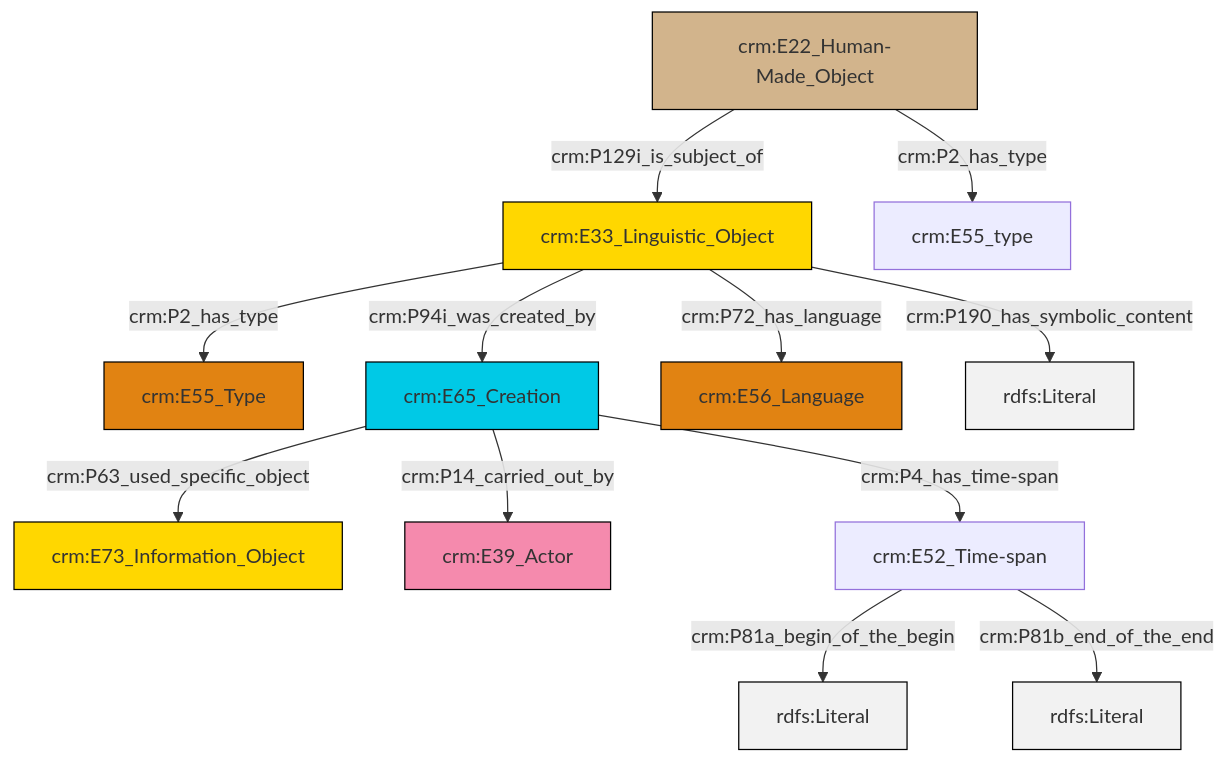
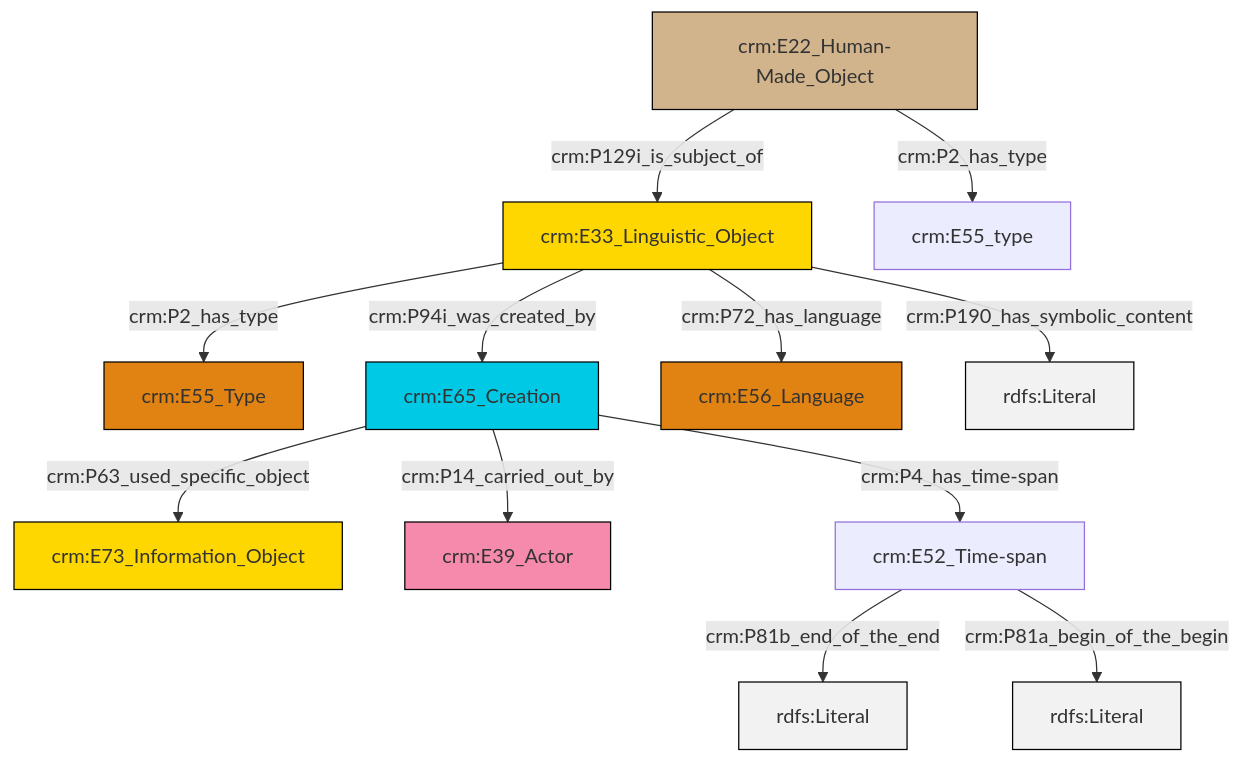
One commit to swiss-art-research-net/reference-data-models changed the diagram in et/builtWorkCSV/ttl/mmd/Built_Work_description.ttl.mmd. Above: the diagram before and after it, drawn with Mermaid. The commit also changed 126 other files, not shown here.

```diff
--- a/et/builtWorkCSV/ttl/mmd/Built_Work_description.ttl.mmd
+++ b/et/builtWorkCSV/ttl/mmd/Built_Work_description.ttl.mmd
@@ -1,26 +1,26 @@
 graph TD
 classDef Literal fill:#f2f2f2,stroke:#000000;
 classDef CRM_Entity fill:#FFFFFF,stroke:#000000;
 classDef Temporal_Entity fill:#00C9E6, stroke:#000000;
 classDef Type fill:#E18312, stroke:#000000;
 classDef Time-Span fill:#2C9C91, stroke:#000000;
 classDef Appellation fill:#FFEB7F, stroke:#000000;
 classDef Place fill:#008836, stroke:#000000;
 classDef Persistent_Item fill:#B266B2, stroke:#000000;
 classDef Conceptual_Object fill:#FFD700, stroke:#000000;
 classDef Physical_Thing fill:#D2B48C, stroke:#000000;
 classDef Actor fill:#f58aad, stroke:#000000;
 classDef PC_Classes fill:#4ce600, stroke:#000000;
 classDef Multi fill:#cccccc,stroke:#000000;
 
-0["crm:E22_Human-Made_Object"]:::Physical_Thing -->|crm:P129i_is_subject_of| 1["crm:E33_Linguistic_Object"]:::Conceptual_Object
-6["crm:E65_Creation"]:::Temporal_Entity -->|crm:P14_carried_out_by| 8["crm:E39_Actor"]:::Actor
-9["crm:E52_Time-span"]:::Default -->|crm:P81a_begin_of_the_begin| 10[rdfs:Literal]:::Literal
-0["crm:E22_Human-Made_Object"]:::Physical_Thing -->|crm:P2_has_type| 11["crm:E55_type"]:::Default
-9["crm:E52_Time-span"]:::Default -->|crm:P81b_end_of_the_end| 16[rdfs:Literal]:::Literal
-6["crm:E65_Creation"]:::Temporal_Entity -->|crm:P63_used_specific_object| 2["crm:E73_Information_Object"]:::Conceptual_Object
-1["crm:E33_Linguistic_Object"]:::Conceptual_Object -->|crm:P72_has_language| 14["crm:E56_Language"]:::Type
-1["crm:E33_Linguistic_Object"]:::Conceptual_Object -->|crm:P2_has_type| 4["crm:E55_Type"]:::Type
-1["crm:E33_Linguistic_Object"]:::Conceptual_Object -->|crm:P190_has_symbolic_content| 19[rdfs:Literal]:::Literal
-1["crm:E33_Linguistic_Object"]:::Conceptual_Object -->|crm:P94i_was_created_by| 6["crm:E65_Creation"]:::Temporal_Entity
-6["crm:E65_Creation"]:::Temporal_Entity -->|crm:P4_has_time-span| 9["crm:E52_Time-span"]:::Default
+2["crm:E65_Creation"]:::Temporal_Entity -->|crm:P63_used_specific_object| 3["crm:E73_Information_Object"]:::Conceptual_Object
+4["crm:E33_Linguistic_Object"]:::Conceptual_Object -->|crm:P94i_was_created_by| 2["crm:E65_Creation"]:::Temporal_Entity
+2["crm:E65_Creation"]:::Temporal_Entity -->|crm:P14_carried_out_by| 5["crm:E39_Actor"]:::Actor
+2["crm:E65_Creation"]:::Temporal_Entity -->|crm:P4_has_time-span| 9["crm:E52_Time-span"]:::Default
+4["crm:E33_Linguistic_Object"]:::Conceptual_Object -->|crm:P72_has_language| 7["crm:E56_Language"]:::Type
+12["crm:E22_Human-Made_Object"]:::Physical_Thing -->|crm:P129i_is_subject_of| 4["crm:E33_Linguistic_Object"]:::Conceptual_Object
+12["crm:E22_Human-Made_Object"]:::Physical_Thing -->|crm:P2_has_type| 13["crm:E55_type"]:::Default
+9["crm:E52_Time-span"]:::Default -->|crm:P81b_end_of_the_end| 14[rdfs:Literal]:::Literal
+4["crm:E33_Linguistic_Object"]:::Conceptual_Object -->|crm:P190_has_symbolic_content| 15[rdfs:Literal]:::Literal
+9["crm:E52_Time-span"]:::Default -->|crm:P81a_begin_of_the_begin| 18[rdfs:Literal]:::Literal
+4["crm:E33_Linguistic_Object"]:::Conceptual_Object -->|crm:P2_has_type| 0["crm:E55_Type"]:::Type
```
